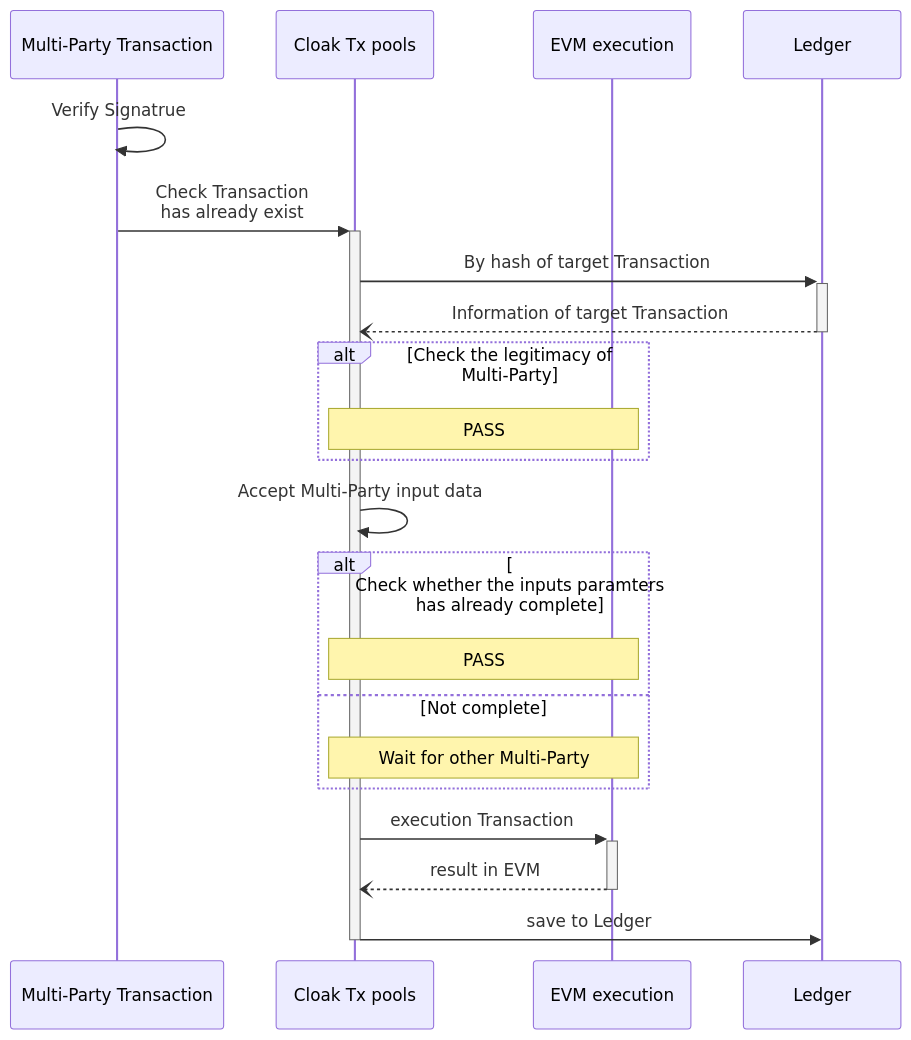
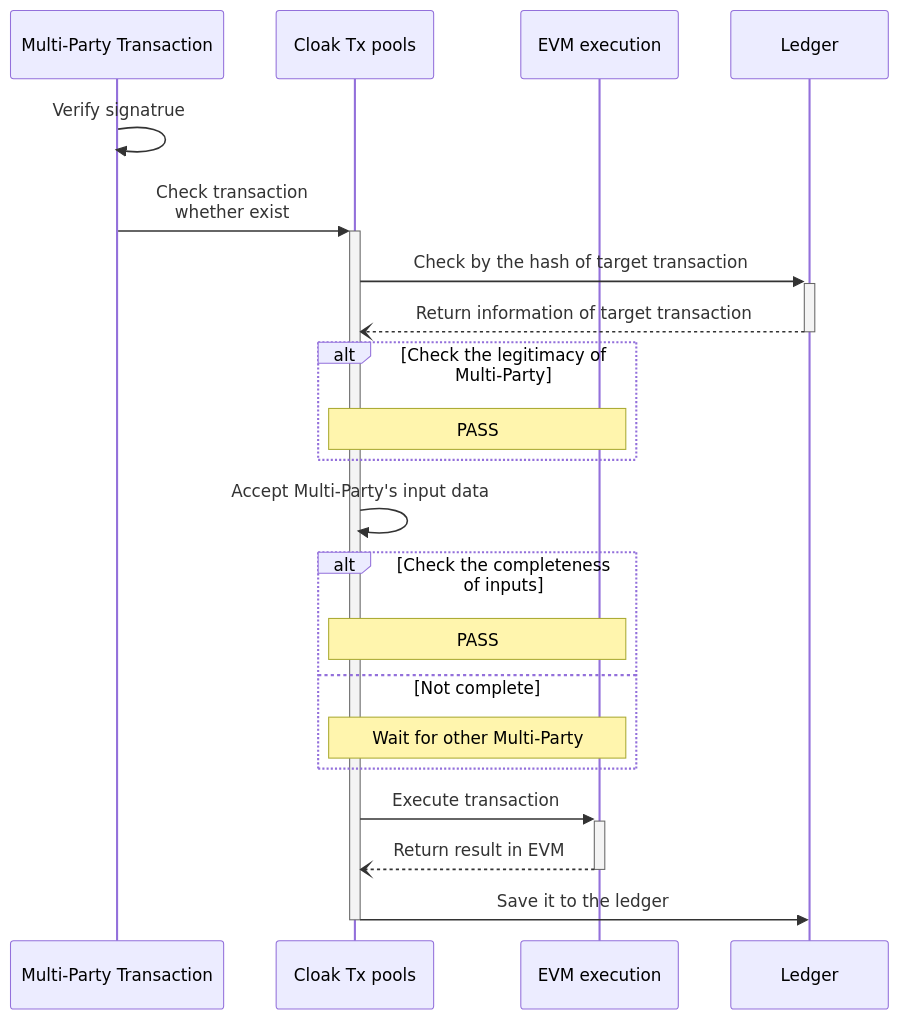
Before and after one commit to OxHainan/cloak-docs: the diagram in docs/source/tee-blockchain-architecture/multi_party_transaction.mmd, drawn with Mermaid.

```diff
--- a/docs/source/tee-blockchain-architecture/multi_party_transaction.mmd
+++ b/docs/source/tee-blockchain-architecture/multi_party_transaction.mmd
@@ -1,23 +1,23 @@
 sequenceDiagram
     participant M as Multi-Party Transaction
     participant C as Cloak Tx pools
     participant E as EVM execution
     participant L as Ledger
 
-    M ->> M: Verify Signatrue
-    M ->>+ C: Check Transaction <br> has already exist
-    C ->>+ L: By hash of target Transaction
-    L --)- C: Information of target Transaction
+    M ->> M: Verify signatrue
+    M ->>+ C: Check transaction <br> whether exist
+    C ->>+ L: Check by the hash of target transaction
+    L --)- C: Return information of target transaction
     alt Check the legitimacy of Multi-Party
         Note over C,E: PASS
     end
-    C ->> C: Accept Multi-Party input data
-    alt <br>Check whether the inputs paramters <br> has already complete
+    C ->> C: Accept Multi-Party's input data
+    alt Check the completeness of inputs
         Note over C,E: PASS
     else Not complete
         Note over C,E: Wait for other Multi-Party
     end
-    C ->>+ E: execution Transaction
-    E --)- C: result in EVM
-    C ->> L: save to Ledger
+    C ->>+ E: Execute transaction
+    E --)- C: Return result in EVM
+    C ->> L: Save it to the ledger
     deactivate C
```
